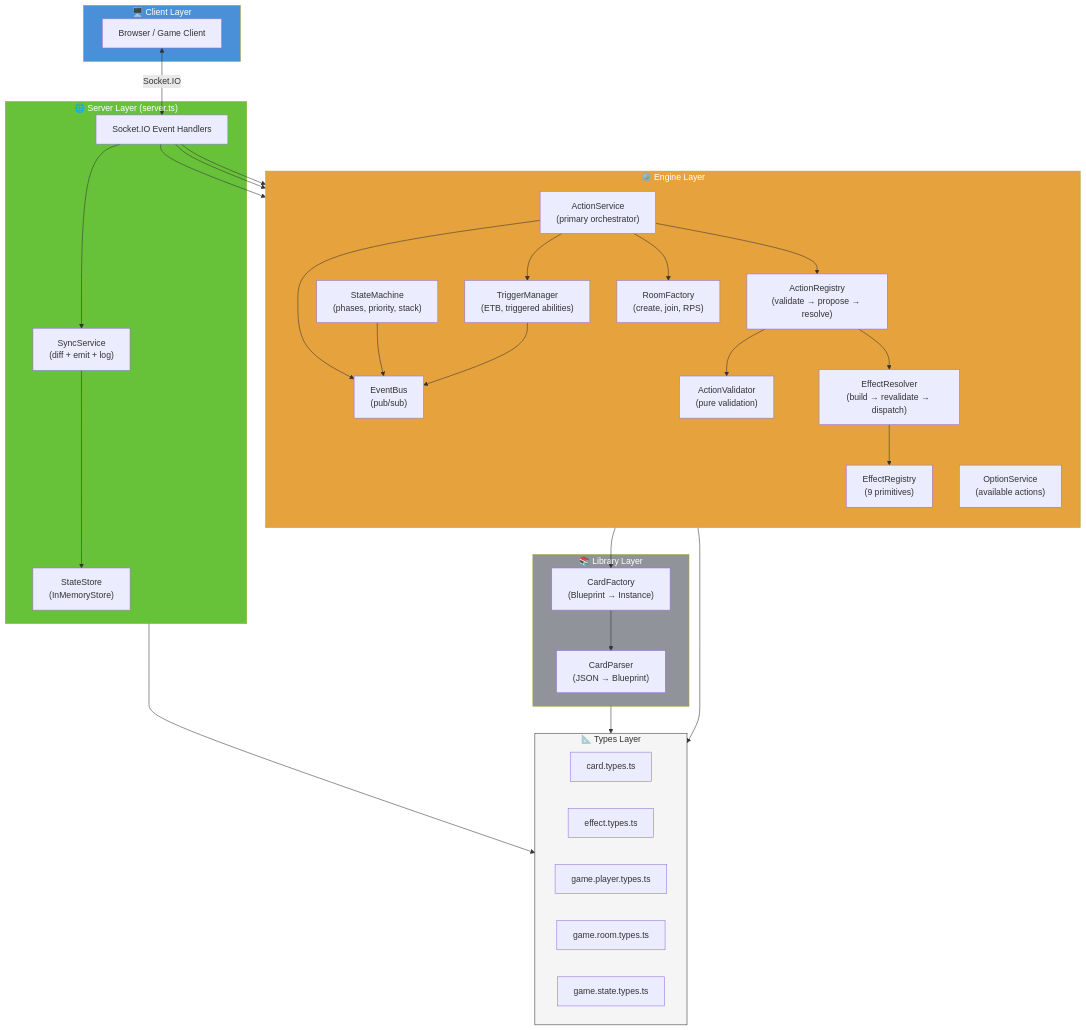
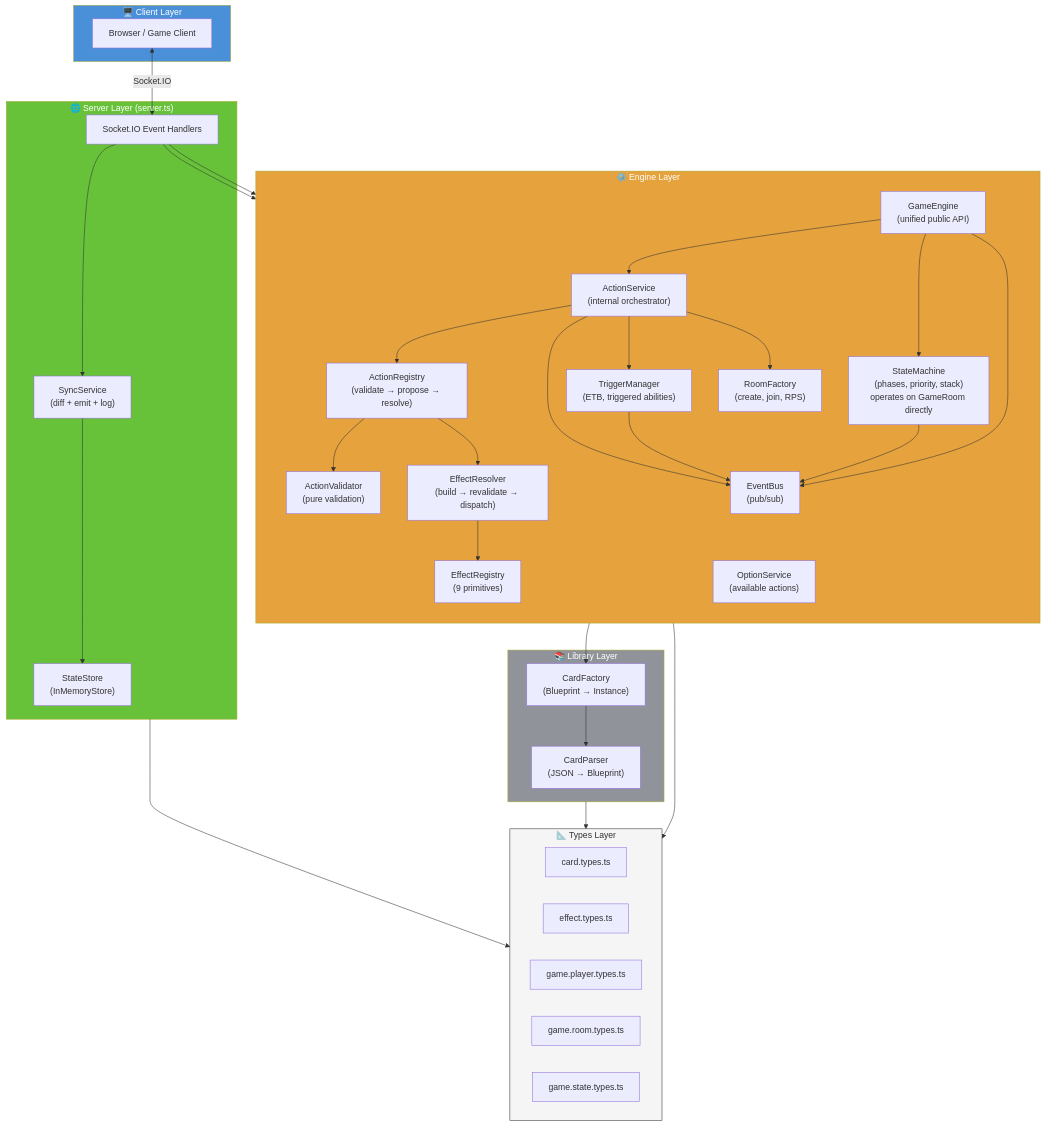
One commit to sschan39/card-game changed the fourth of 4 diagrams in ARCHITECTURE.md. Above: the diagram before and after it, drawn with Mermaid. The commit also changed other lines of this file and 1 other file, not shown here.

````diff
--- a/ARCHITECTURE.md
+++ b/ARCHITECTURE.md
@@ -441,69 +552,72 @@
 ```mermaid
 flowchart TB
     subgraph Client["🖥️ Client Layer"]
         UI["Browser / Game Client"]
     end
 
     subgraph Server["🌐 Server Layer (server.ts)"]
         SOCK["Socket.IO Event Handlers"]
         SYNC["SyncService\n(diff + emit + log)"]
         STORE["StateStore\n(InMemoryStore)"]
     end
 
     subgraph Engine["⚙️ Engine Layer"]
         direction TB
-        AS["ActionService\n(primary orchestrator)"]
+        GE["GameEngine\n(unified public API)"]
+        AS["ActionService\n(internal orchestrator)"]
         AR["ActionRegistry\n(validate → propose → resolve)"]
         AV["ActionValidator\n(pure validation)"]
-        SM["StateMachine\n(phases, priority, stack)"]
+        SM["StateMachine\n(phases, priority, stack)\noperates on GameRoom directly"]
         EB["EventBus\n(pub/sub)"]
         ER["EffectResolver\n(build → revalidate → dispatch)"]
         EREG["EffectRegistry\n(9 primitives)"]
         TM["TriggerManager\n(ETB, triggered abilities)"]
         OS["OptionService\n(available actions)"]
         RF["RoomFactory\n(create, join, RPS)"]
     end
 
     subgraph Library["📚 Library Layer"]
         CP["CardParser\n(JSON → Blueprint)"]
         CF["CardFactory\n(Blueprint → Instance)"]
     end
 
     subgraph Types["📐 Types Layer"]
         T1["card.types.ts"]
         T2["effect.types.ts"]
         T3["game.player.types.ts"]
         T4["game.room.types.ts"]
         T5["game.state.types.ts"]
     end
 
     UI <-->|"Socket.IO"| SOCK
-    SOCK --> AS
-    SOCK --> SM
+    SOCK --> GE
     SOCK --> OS
     SOCK --> SYNC
     SYNC --> STORE
 
+    GE --> AS
+    GE --> SM
+    GE --> EB
     AS --> AR
     AS --> EB
     AS --> TM
     AR --> AV
     AR --> ER
     ER --> EREG
     SM --> EB
     TM --> EB
     AS --> RF
 
     RF --> CF
     CF --> CP
 
     Engine --> Types
     Library --> Types
     Server --> Types
 
     style Client fill:#4a90d9,color:#fff
     style Server fill:#67c23a,color:#fff
     style Engine fill:#e6a23c,color:#fff
     style Library fill:#909399,color:#fff
     style Types fill:#f5f5f5,stroke:#333
 ```
````
